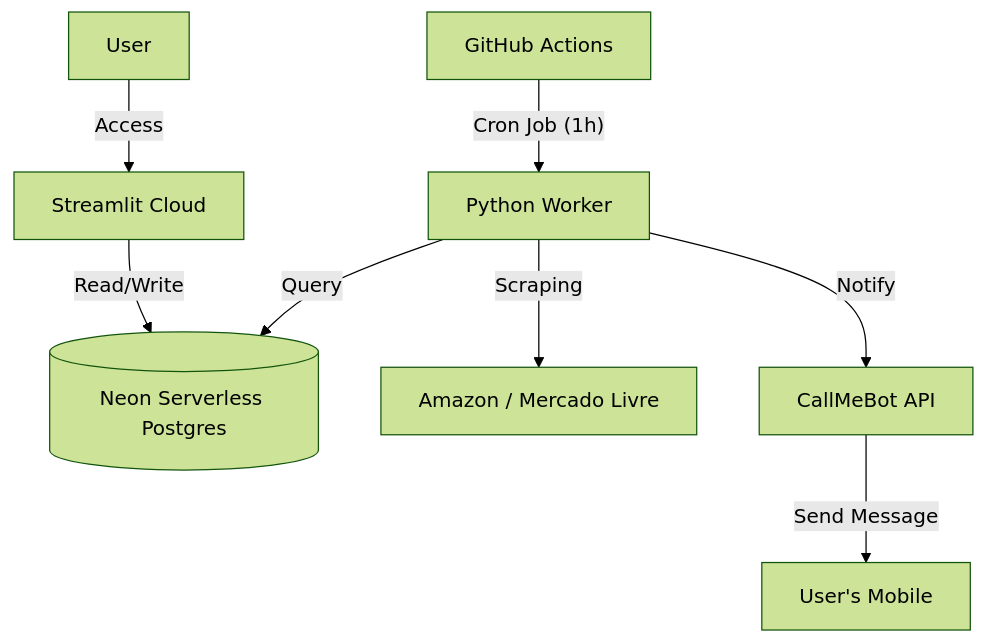
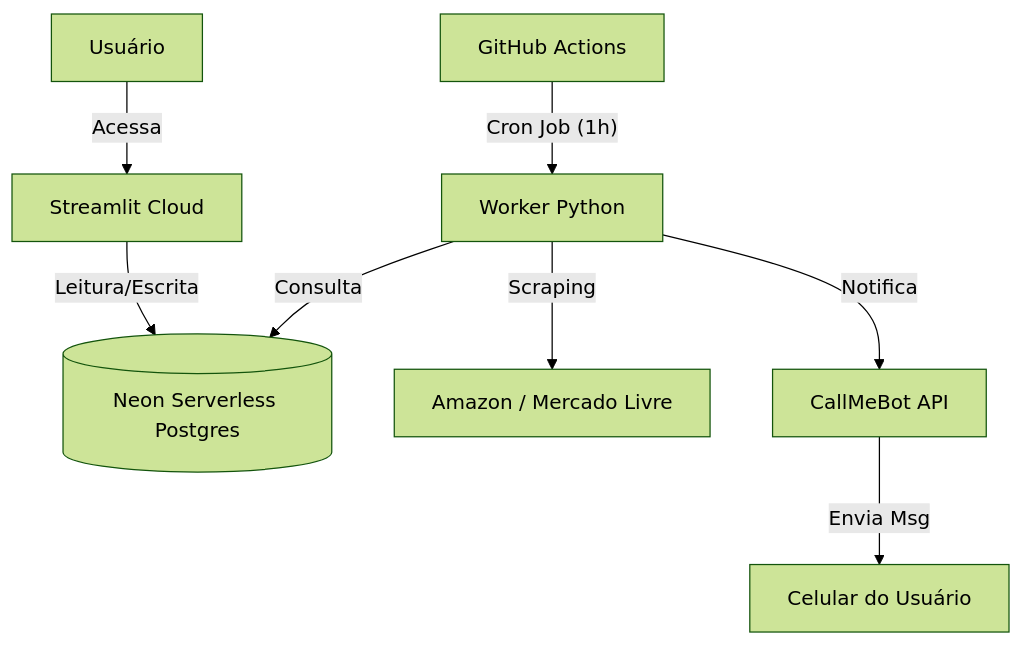
Before and after one commit to kenjishimizu2411/price_stalker: the diagram in README.md, drawn with Mermaid (forest theme). The commit also changed other lines of this file, not shown here.

````diff
--- a/README.md
+++ b/README.md
@@ -34,10 +34,11 @@
 ```mermaid
 graph TD
-    User["User"] -->|Access| Frontend["Streamlit Cloud"]
-    Frontend -->|"Read/Write"| DB[("Neon Serverless Postgres")]
-    GitHub["GitHub Actions"] -->|"Cron Job (1h)"| Scraper["Python Worker"]
-    Scraper -->|Query| DB
+    User["Usuário"] -->|Acessa| Frontend["Streamlit Cloud"]
+    Frontend -->|"Leitura/Escrita"| DB[("Neon Serverless Postgres")]
+     
+    GitHub["GitHub Actions"] -->|"Cron Job (1h)"| Scraper["Worker Python"]
+    Scraper -->|Consulta| DB
     Scraper -->|Scraping| ECommerce["Amazon / Mercado Livre"]
-    Scraper -->|Notify| WhatsApp["CallMeBot API"]
-    WhatsApp -->|Send Message| UserPhone["User's Mobile"]
+    Scraper -->|Notifica| WhatsApp["CallMeBot API"]
+    WhatsApp -->|Envia Msg| UserPhone["Celular do Usuário"]
 ```
````
